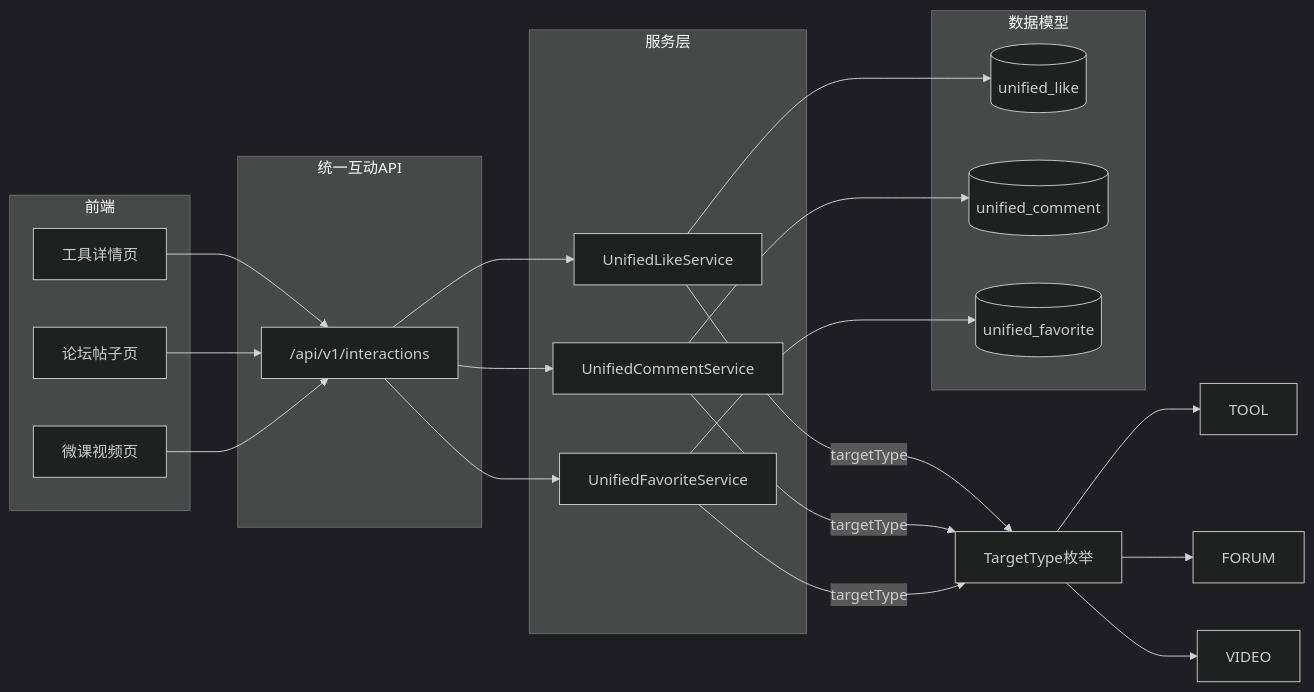
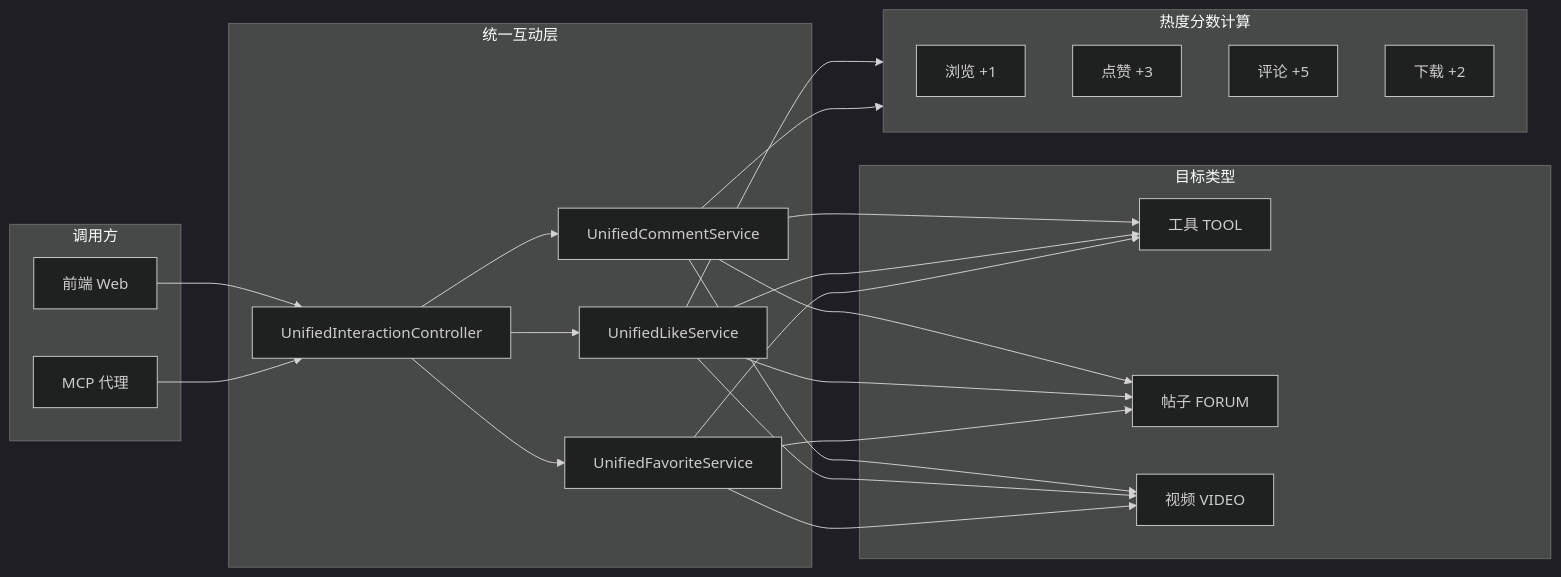
Before and after one commit to mambo-wang/CodingHub: the second of 2 diagrams in repowiki/tool-plaza.md, drawn with Mermaid (dark theme). The commit also changed other lines of this file and 14 other files, not shown here.

````diff
--- a/repowiki/tool-plaza.md
+++ b/repowiki/tool-plaza.md
@@ -42,44 +246,46 @@
 ```mermaid
 graph LR
-    subgraph 前端
-        UI1[工具详情页]
-        UI2[论坛帖子页]
-        UI3[微课视频页]
+    subgraph Clients[调用方]
+        WebUI[前端 Web]
+        MCP[MCP 代理]
     end
 
-    subgraph 统一互动API
-        API["/api/v1/interactions"]
+    subgraph InteractionLayer[统一互动层]
+        UIC[UnifiedInteractionController]
+        UComment[UnifiedCommentService]
+        ULike[UnifiedLikeService]
+        UFavorite[UnifiedFavoriteService]
     end
 
-    subgraph 服务层
-        L1[UnifiedLikeService]
-        C1[UnifiedCommentService]
-        F1[UnifiedFavoriteService]
+    subgraph TargetTypes[目标类型]
+        Tool[工具 TOOL]
+        Forum[帖子 FORUM]
+        Video[视频 VIDEO]
     end
 
-    subgraph 数据模型
-        DB1[(unified_like)]
-        DB2[(unified_comment)]
-        DB3[(unified_favorite)]
+    subgraph HeatScore[热度分数计算]
+        View[浏览 +1]
+        Like[点赞 +3]
+        Comment[评论 +5]
+        Download[下载 +2]
     end
 
-    UI1 --> API
-    UI2 --> API
-    UI3 --> API
+    WebUI --> UIC
+    MCP --> UIC
+    UIC --> UComment
+    UIC --> ULike
+    UIC --> UFavorite
 
-    API --> L1
-    API --> C1
-    API --> F1
+    UComment --> Tool
+    UComment --> Forum
+    UComment --> Video
+    ULike --> Tool
+    ULike --> Forum
+    ULike --> Video
+    UFavorite --> Tool
+    UFavorite --> Forum
+    UFavorite --> Video
 
-    L1 --> DB1
-    C1 --> DB2
-    F1 --> DB3
-
-    L1 -->|targetType| TT[TargetType枚举]
-    C1 -->|targetType| TT
-    F1 -->|targetType| TT
-
-    TT --> T1[TOOL]
-    TT --> T2[FORUM]
-    TT --> T3[VIDEO]
+    ULike --> HeatScore
+    UComment --> HeatScore
 ```
````
